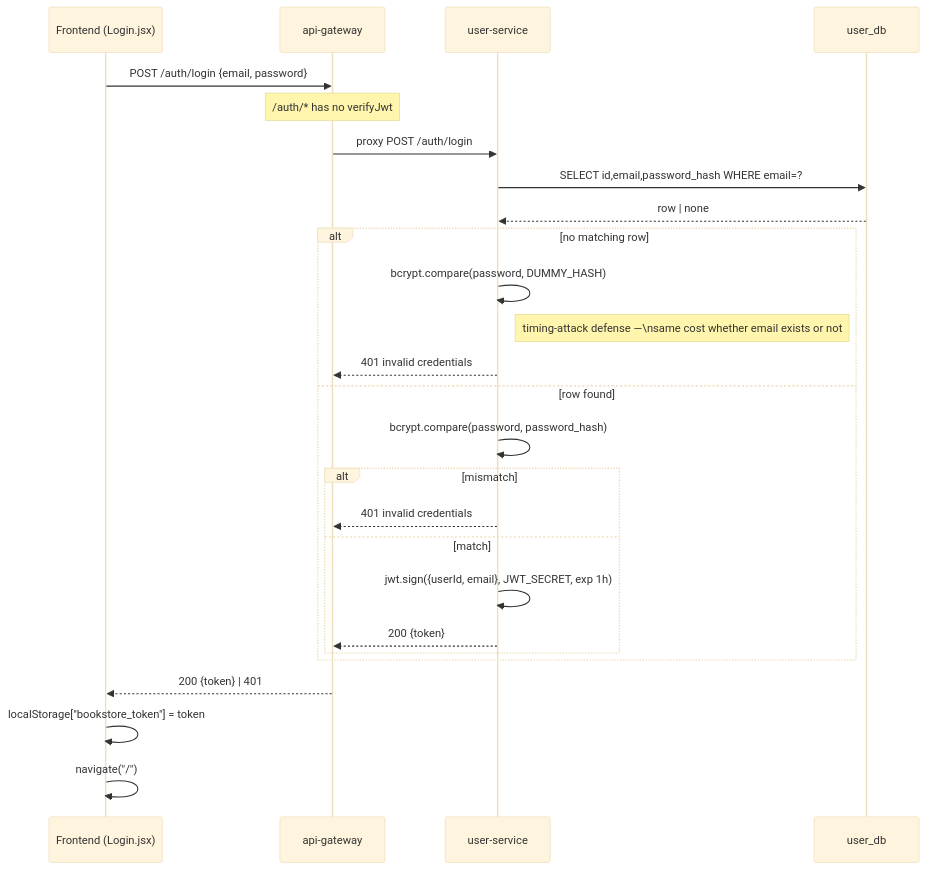
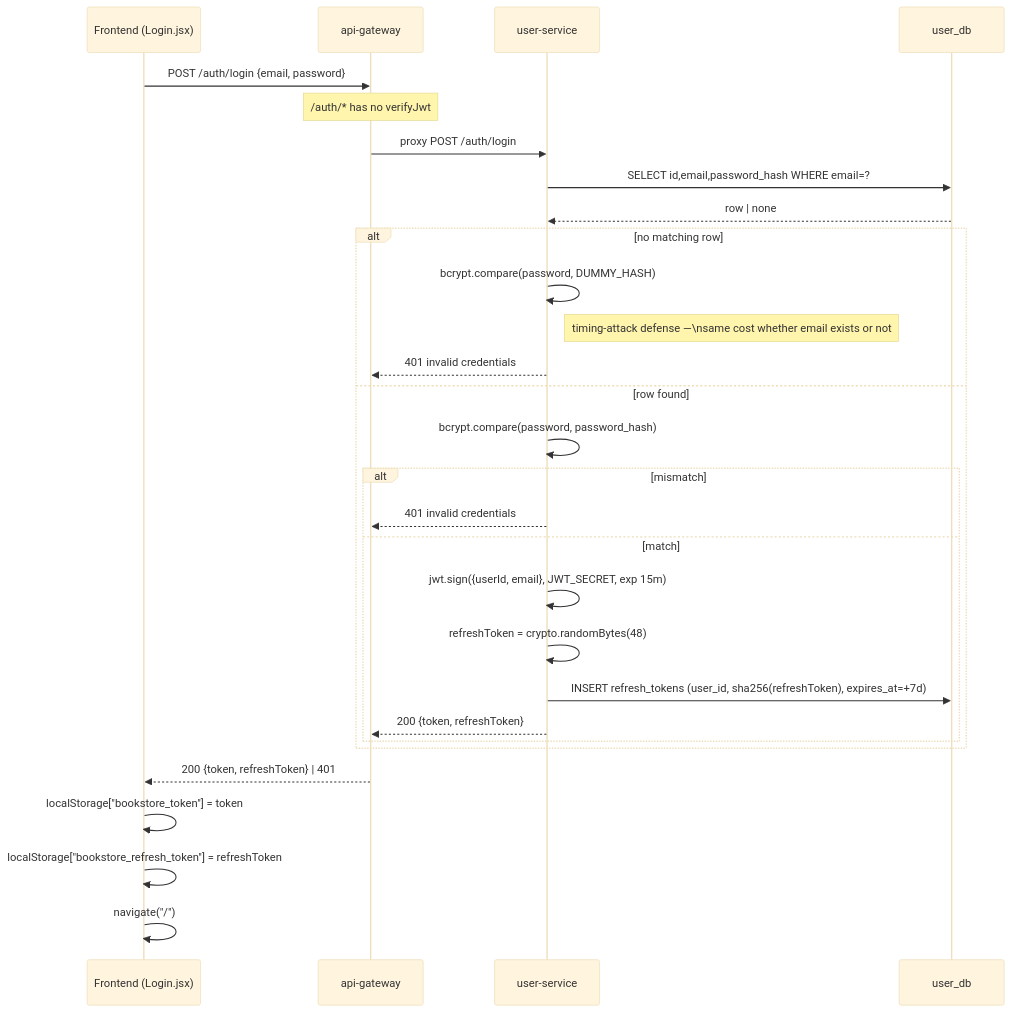
One commit to KANDUKURIsaikrishna/aws_three_tier_code changed the fourth of 9 diagrams in docs/UML.md. Above: the diagram before and after it, drawn with Mermaid (base theme). The commit also changed other lines of this file and 35 other files, not shown here.

````diff
--- a/docs/UML.md
+++ b/docs/UML.md
@@ -153,29 +166,32 @@
 ```mermaid
 sequenceDiagram
   participant FE as Frontend (Login.jsx)
   participant GW as api-gateway
   participant US as user-service
   participant DB as user_db
 
   FE->>GW: POST /auth/login {email, password}
   Note over GW: /auth/* has no verifyJwt
   GW->>US: proxy POST /auth/login
   US->>DB: SELECT id,email,password_hash WHERE email=?
   DB-->>US: row | none
   alt no matching row
     US->>US: bcrypt.compare(password, DUMMY_HASH)
     Note right of US: timing-attack defense —\nsame cost whether email exists or not
     US-->>GW: 401 invalid credentials
   else row found
     US->>US: bcrypt.compare(password, password_hash)
     alt mismatch
       US-->>GW: 401 invalid credentials
     else match
-      US->>US: jwt.sign({userId, email}, JWT_SECRET, exp 1h)
-      US-->>GW: 200 {token}
+      US->>US: jwt.sign({userId, email}, JWT_SECRET, exp 15m)
+      US->>US: refreshToken = crypto.randomBytes(48)
+      US->>DB: INSERT refresh_tokens (user_id, sha256(refreshToken), expires_at=+7d)
+      US-->>GW: 200 {token, refreshToken}
     end
   end
-  GW-->>FE: 200 {token} | 401
+  GW-->>FE: 200 {token, refreshToken} | 401
   FE->>FE: localStorage["bookstore_token"] = token
+  FE->>FE: localStorage["bookstore_refresh_token"] = refreshToken
   FE->>FE: navigate("/")
 ```
````
